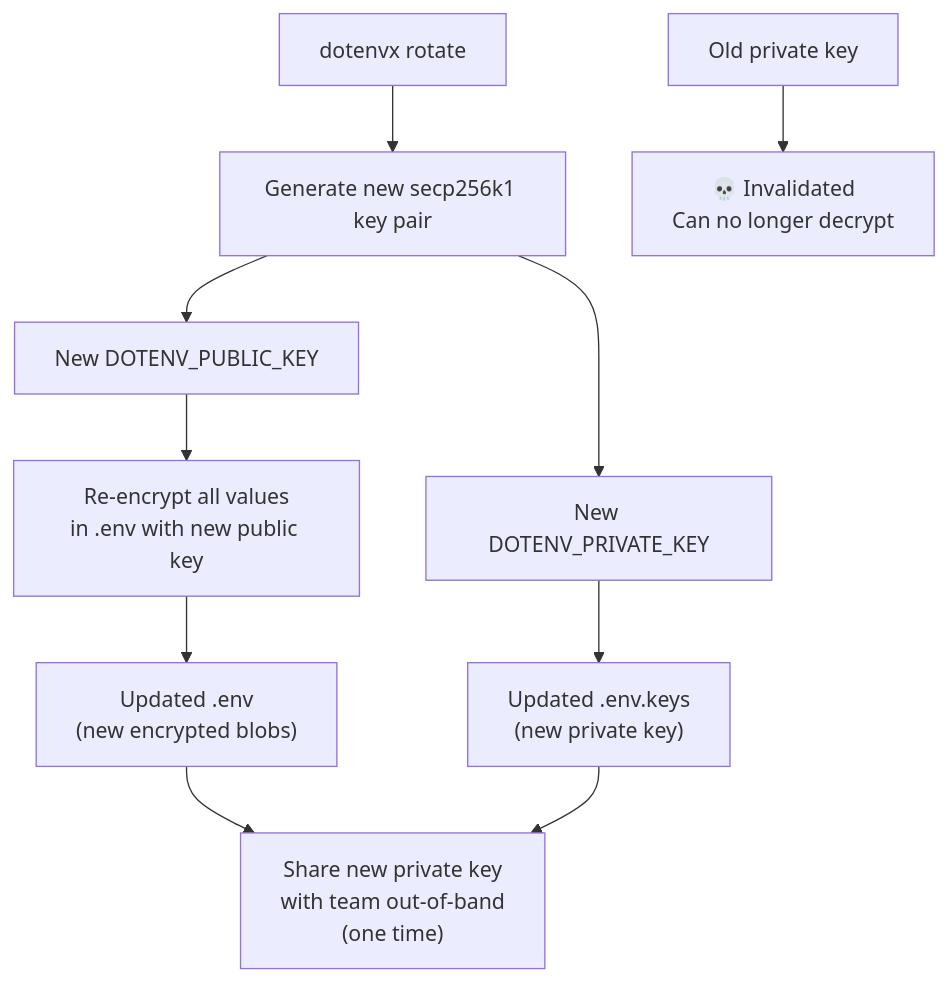
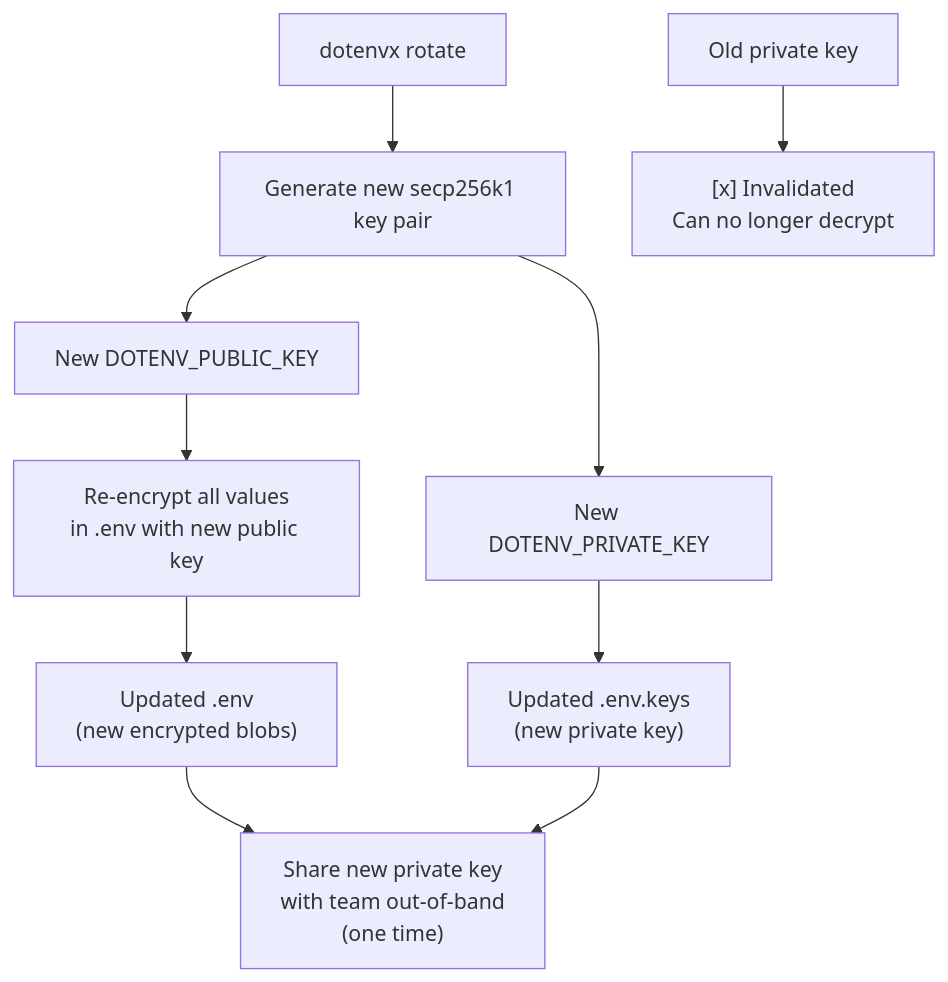
One commit to dtg-lucifer/piush.in changed the tenth of 11 diagrams in public/articles/2026_04_30_encrypting_your_env_with_dotenvx.md. Above: the diagram before and after it, drawn with Mermaid. The commit also changed other lines of this file and 1 other file, not shown here.

````diff
--- a/public/articles/2026_04_30_encrypting_your_env_with_dotenvx.md
+++ b/public/articles/2026_04_30_encrypting_your_env_with_dotenvx.md
@@ -639,11 +665,11 @@
 ```mermaid
 flowchart TD
     A["dotenvx rotate"] --> B["Generate new secp256k1 key pair"]
     B --> C["New DOTENV_PUBLIC_KEY"]
     B --> D["New DOTENV_PRIVATE_KEY"]
     C --> E["Re-encrypt all values\nin .env with new public key"]
     E --> F["Updated .env\n(new encrypted blobs)"]
     D --> G["Updated .env.keys\n(new private key)"]
-    H["Old private key"] --> I["💀 Invalidated\nCan no longer decrypt"]
+    H["Old private key"] --> I["[x] Invalidated\nCan no longer decrypt"]
     F & G --> J["Share new private key\nwith team out-of-band\n(one time)"]
 ```
````
